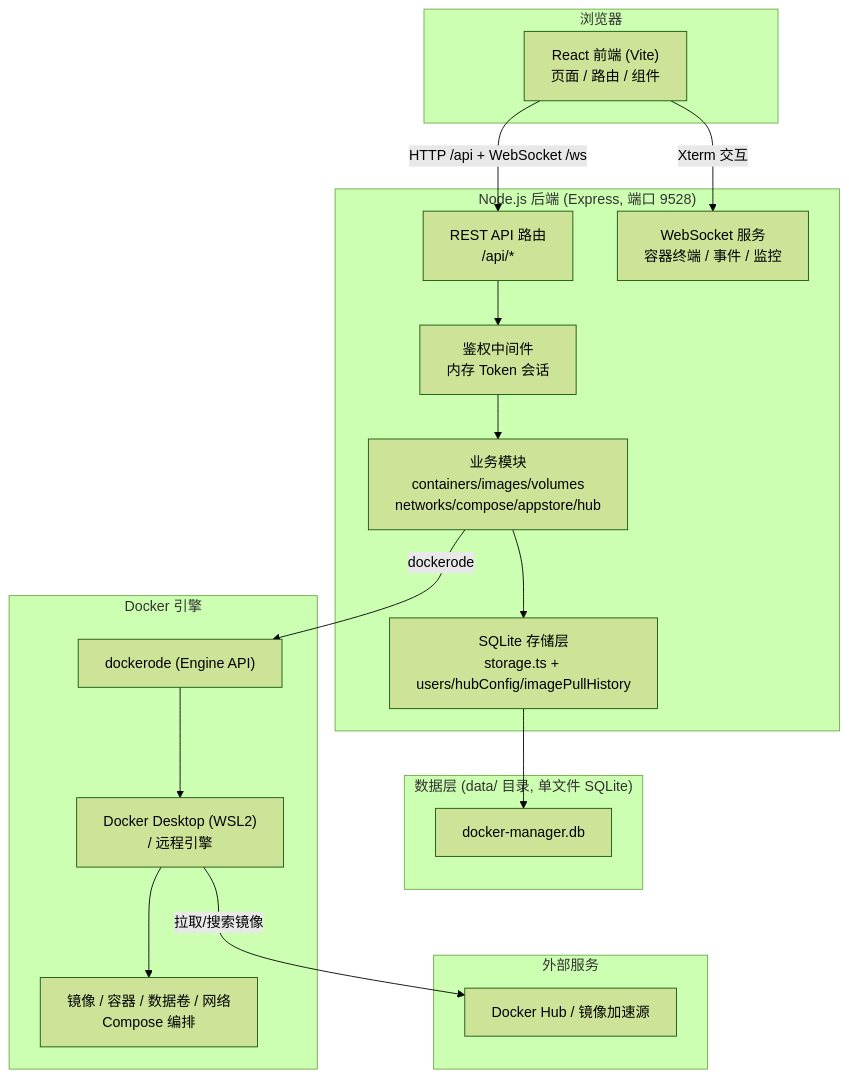
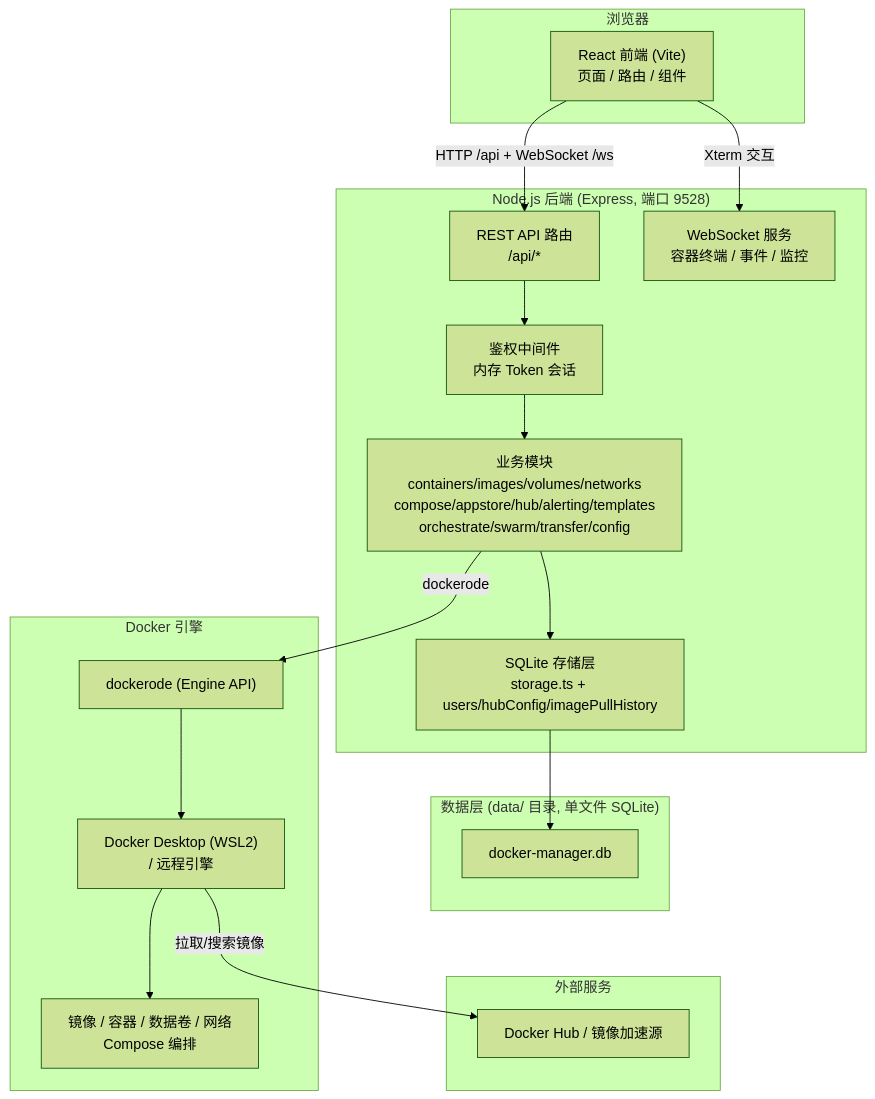
One commit to 13861419/dockerDesktop changed the diagram in README.md. Above: the diagram before and after it, drawn with Mermaid (forest theme). The commit also changed other lines of this file and 2 other files, not shown here.

````diff
--- a/README.md
+++ b/README.md
@@ -78,38 +103,38 @@
 ```mermaid
 flowchart TB
     subgraph Browser["浏览器"]
         UI["React 前端 (Vite)<br/>页面 / 路由 / 组件"]
     end
 
     subgraph Backend["Node.js 后端 (Express, 端口 9528)"]
         API["REST API 路由<br/>/api/*"]
         WS["WebSocket 服务<br/>容器终端 / 事件 / 监控"]
         AUTH["鉴权中间件<br/>内存 Token 会话"]
-        MOD["业务模块<br/>containers/images/volumes<br/>networks/compose/appstore/hub"]
+        MOD["业务模块<br/>containers/images/volumes/networks<br/>compose/appstore/hub/alerting/templates<br/>orchestrate/swarm/transfer/config"]
         STORE["SQLite 存储层<br/>storage.ts + users/hubConfig/imagePullHistory"]
     end
 
     subgraph Data["数据层 (data/ 目录, 单文件 SQLite)"]
         DB["docker-manager.db"]
     end
 
     subgraph Docker["Docker 引擎"]
         DAPI["dockerode (Engine API)"]
         D["Docker Desktop (WSL2)<br/>/ 远程引擎"]
         MG["镜像 / 容器 / 数据卷 / 网络<br/>Compose 编排"]
     end
 
     subgraph Ext["外部服务"]
         HUB["Docker Hub / 镜像加速源"]
     end
 
     UI -- "HTTP /api + WebSocket /ws" --> API
     UI -- "Xterm 交互" --> WS
     API --> AUTH
     AUTH --> MOD
     MOD --> STORE
     STORE --> DB
     MOD -- "dockerode" --> DAPI
     DAPI --> D --> MG
     D -- "拉取/搜索镜像" --> HUB
 ```
````
